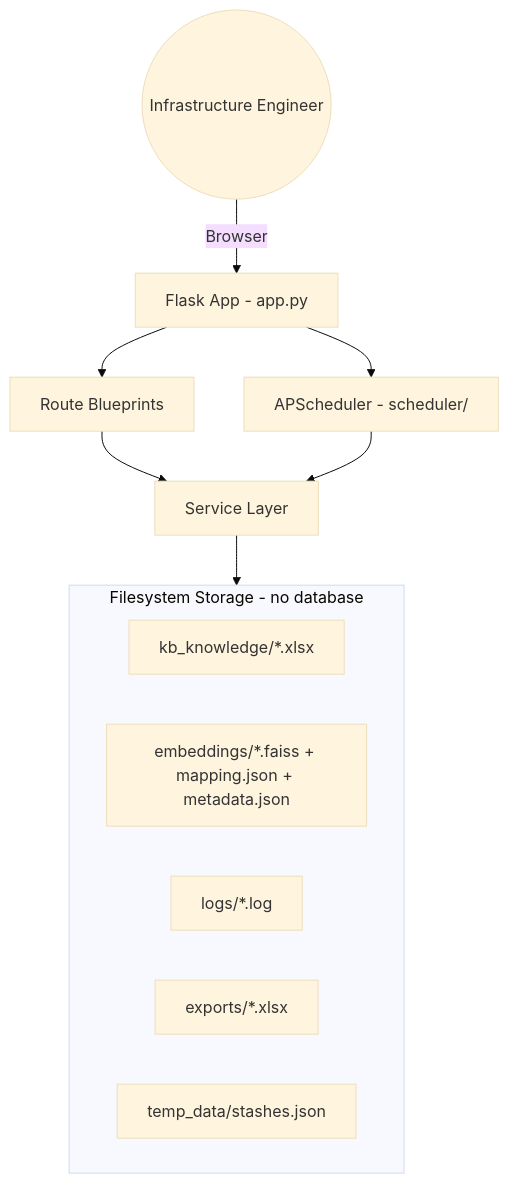
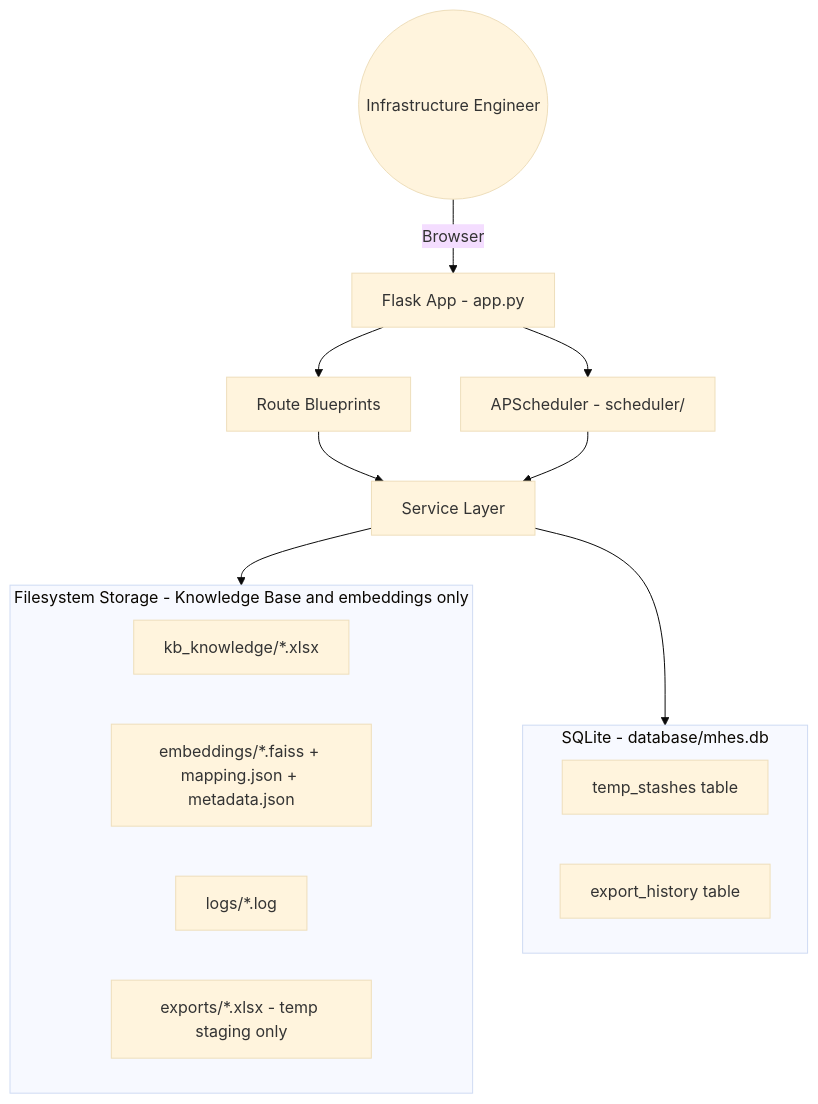
One commit to nhlynn/manhour-prediction changed the first of 5 diagrams in docs/ARCHITECTURE.md. Above: the diagram before and after it, drawn with Mermaid (base theme). The commit also changed other lines of this file and 17 other files, not shown here.

````diff
--- a/docs/ARCHITECTURE.md
+++ b/docs/ARCHITECTURE.md
@@ -23,18 +23,23 @@
 ```mermaid
 graph TB
     User((Infrastructure Engineer))
     User -->|Browser| Flask[Flask App - app.py]
     Flask --> Routes[Route Blueprints]
     Flask --> Scheduler[APScheduler - scheduler/]
     Routes --> Services[Service Layer]
     Scheduler --> Services
     Services --> FS[(Filesystem Storage)]
+    Services --> DB[(SQLite - database/mhes.db)]
 
-    subgraph FS[Filesystem Storage - no database]
+    subgraph FS[Filesystem Storage - Knowledge Base and embeddings only]
         KB[kb_knowledge/*.xlsx]
         EMB[embeddings/*.faiss + mapping.json + metadata.json]
         LOGS[logs/*.log]
-        EXP[exports/*.xlsx]
-        TEMP[temp_data/stashes.json]
+        EXP[exports/*.xlsx - temp staging only]
+    end
+
+    subgraph DB[SQLite - database/mhes.db]
+        TEMP[temp_stashes table]
+        HIST[export_history table]
     end
 ```
````
